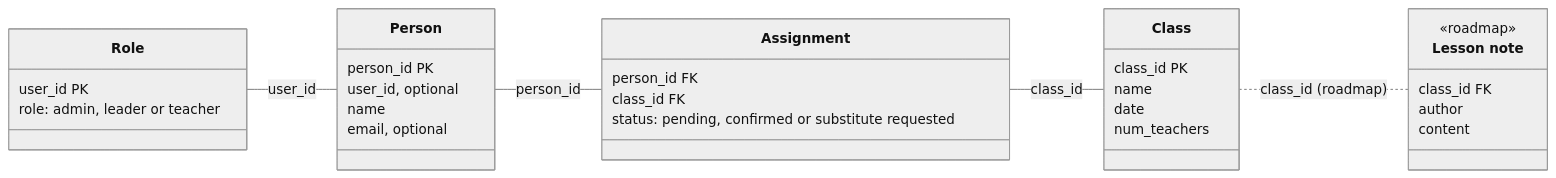
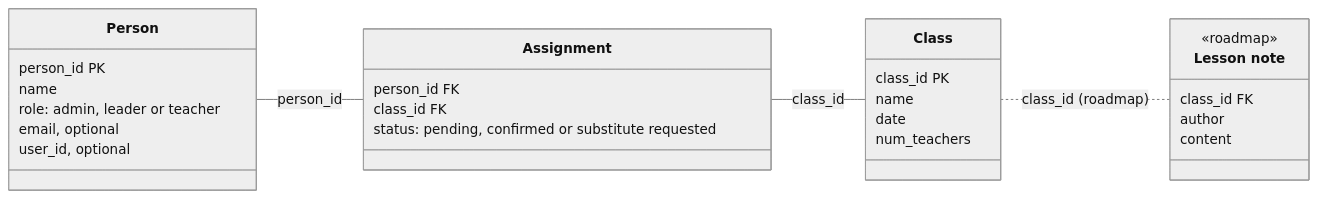
One commit to Sunday-School-Software/Sunday-School-Scheduler changed the fourth of 4 diagrams in docs/design.md. Above: the diagram before and after it, drawn with Mermaid (neutral theme). The commit also changed other lines of this file, not shown here.

````diff
--- a/docs/design.md
+++ b/docs/design.md
@@ -219,37 +270,33 @@
 ```mermaid
 classDiagram
     direction LR
-    class Role {
-        user_id PK
-        role: admin, leader or teacher
-    }
     class Person {
         person_id PK
+        name
+        role: admin, leader or teacher
+        email, optional
         user_id, optional
-        name
-        email, optional
     }
     class Assignment {
         person_id FK
         class_id FK
         status: pending, confirmed or substitute requested
     }
     class Class {
         class_id PK
         name
         date
         num_teachers
     }
     class LessonNote["Lesson note"] {
         <<roadmap>>
         class_id FK
         author
         content
     }
 
-    Role -- Person : user_id
     Person -- Assignment : person_id
     Assignment -- Class : class_id
     Class .. LessonNote : class_id (roadmap)
 
 ```
````
